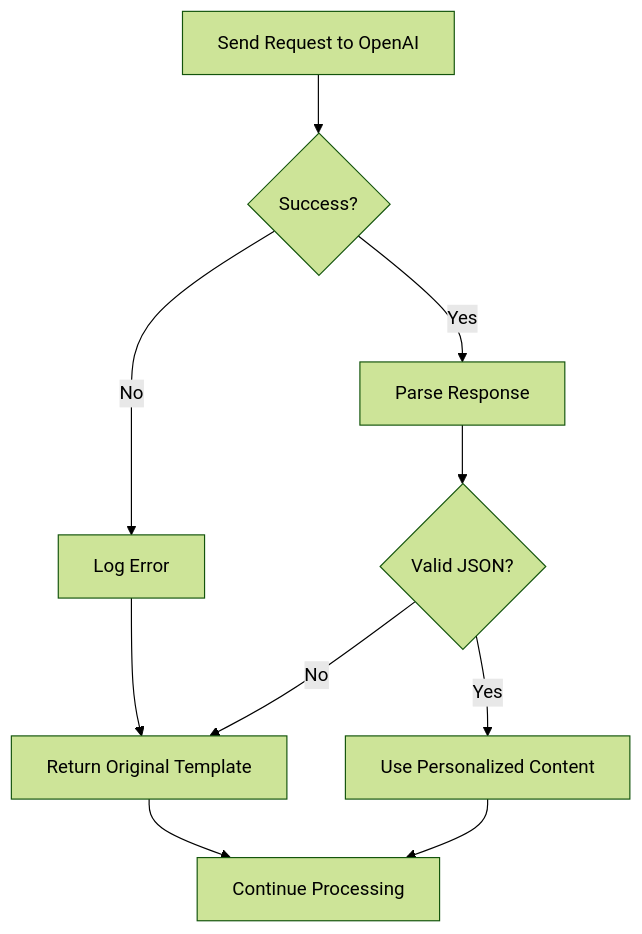
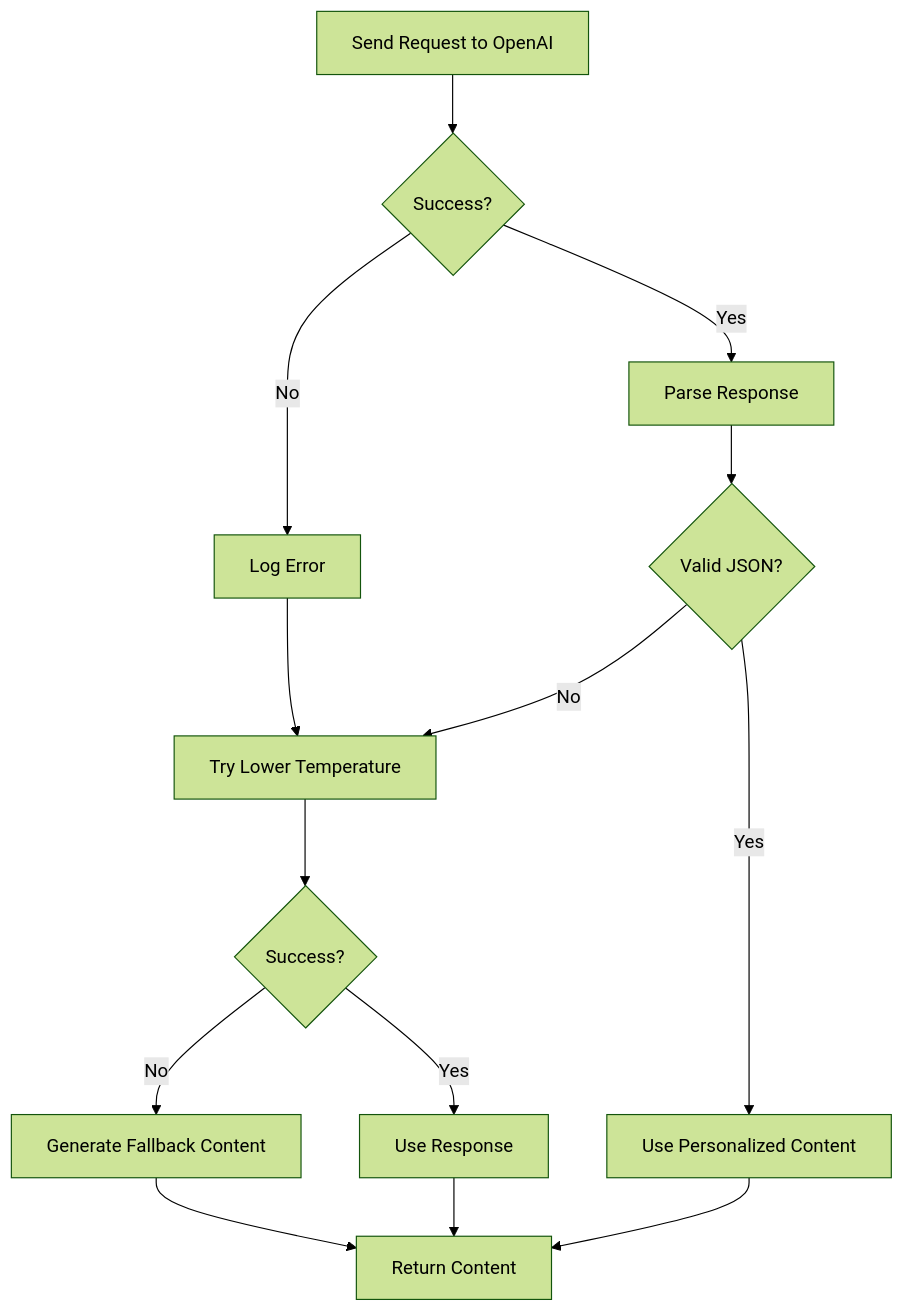
One commit to lommaks777/pesonalisev2 changed the third of 3 diagrams in .qoder/repowiki/en/content/Personalization Engine/AI Processing Workflow.md. Above: the diagram before and after it, drawn with Mermaid (forest theme). The commit also changed other lines of this file and 42 other files, not shown here.

````diff
--- a/.qoder/repowiki/en/content/Personalization Engine/AI Processing Workflow.md
+++ b/.qoder/repowiki/en/content/Personalization Engine/AI Processing Workflow.md
@@ -181,12 +198,16 @@
 ```mermaid
 flowchart TD
 A[Send Request to OpenAI] --> B{Success?}
 B --> |Yes| C[Parse Response]
 B --> |No| D[Log Error]
-D --> E[Return Original Template]
-C --> F{Valid JSON?}
-F --> |Yes| G[Use Personalized Content]
-F --> |No| E
-E --> H[Continue Processing]
-G --> H
+D --> E[Try Lower Temperature]
+E --> F{Success?}
+F --> |Yes| G[Use Response]
+F --> |No| H[Generate Fallback Content]
+H --> I[Return Content]
+G --> I
+C --> J{Valid JSON?}
+J --> |Yes| K[Use Personalized Content]
+J --> |No| E
+K --> I
 ```
````
